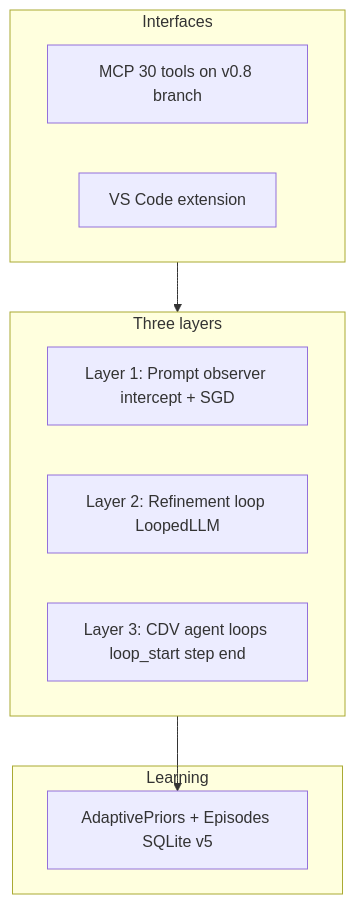
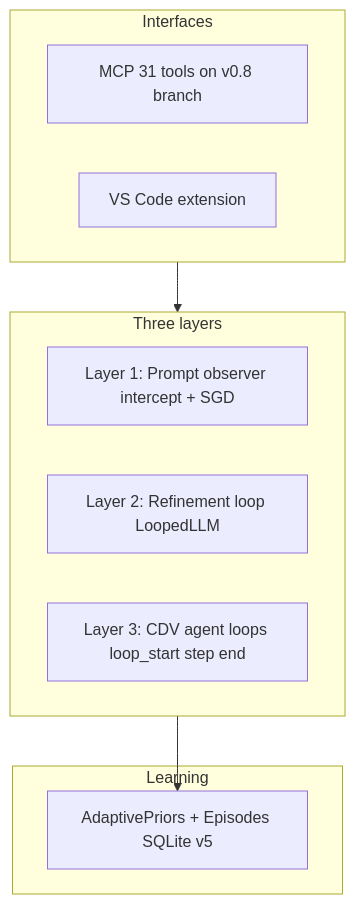
The diagram in README.md (azank1/loop-llm), drawn with Mermaid before and after one commit. The commit also changed other lines of this file and 13 other files, not shown here.

````diff
--- a/README.md
+++ b/README.md
@@ -52,17 +65,17 @@
 ```mermaid
 flowchart TB
   subgraph interfaces [Interfaces]
-    MCP[MCP 30 tools on v0.8 branch]
+    MCP[MCP 31 tools on v0.8 branch]
     Ext[VS Code extension]
   end
   subgraph layers [Three layers]
     L1[Layer 1: Prompt observer intercept + SGD]
     L2[Layer 2: Refinement loop LoopedLLM]
     L3[Layer 3: CDV agent loops loop_start step end]
   end
   subgraph learn [Learning]
     Priors[AdaptivePriors + Episodes SQLite v5]
   end
   interfaces --> layers
   layers --> Priors
 ```
````
